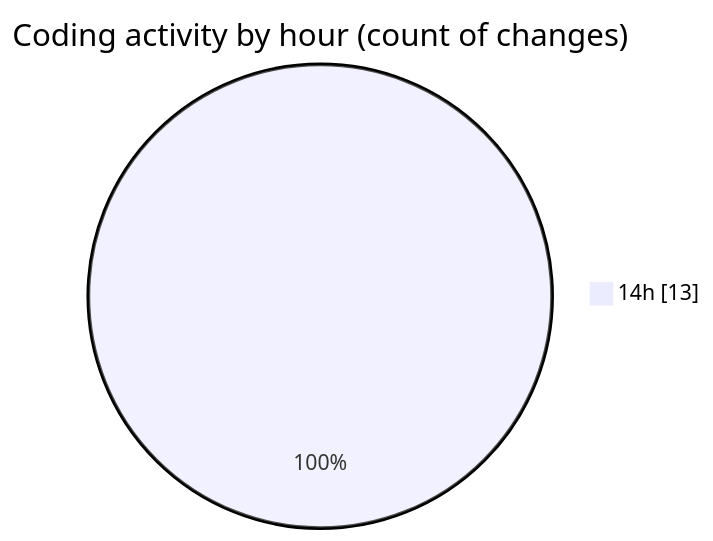
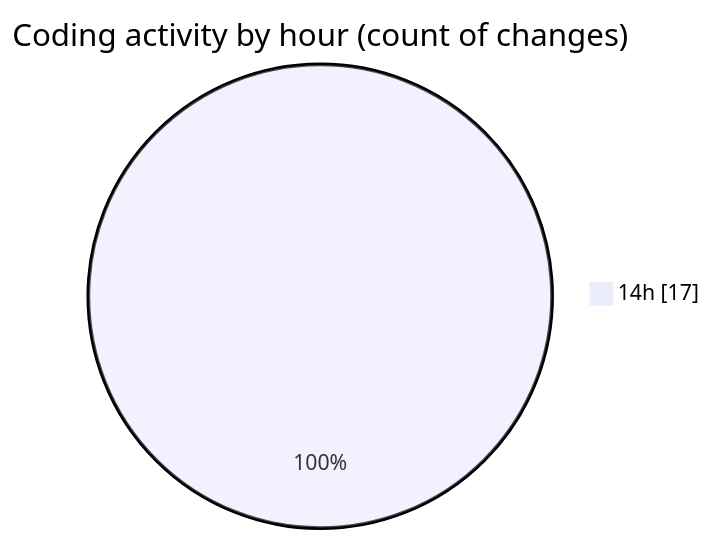
Before and after one commit to NitaiMahat/code-tracking: the second of 2 diagrams in 2025-02-07/recipe-page-main/README.md, drawn with Mermaid. The commit also changed other lines of this file and 1 other file, not shown here.

````diff
--- a/2025-02-07/recipe-page-main/README.md
+++ b/2025-02-07/recipe-page-main/README.md
@@ -30,5 +30,5 @@
 ```mermaid
 pie showData
 title Coding activity by hour (count of changes)
-"14h" : 13
+"14h" : 17
 ```
````
